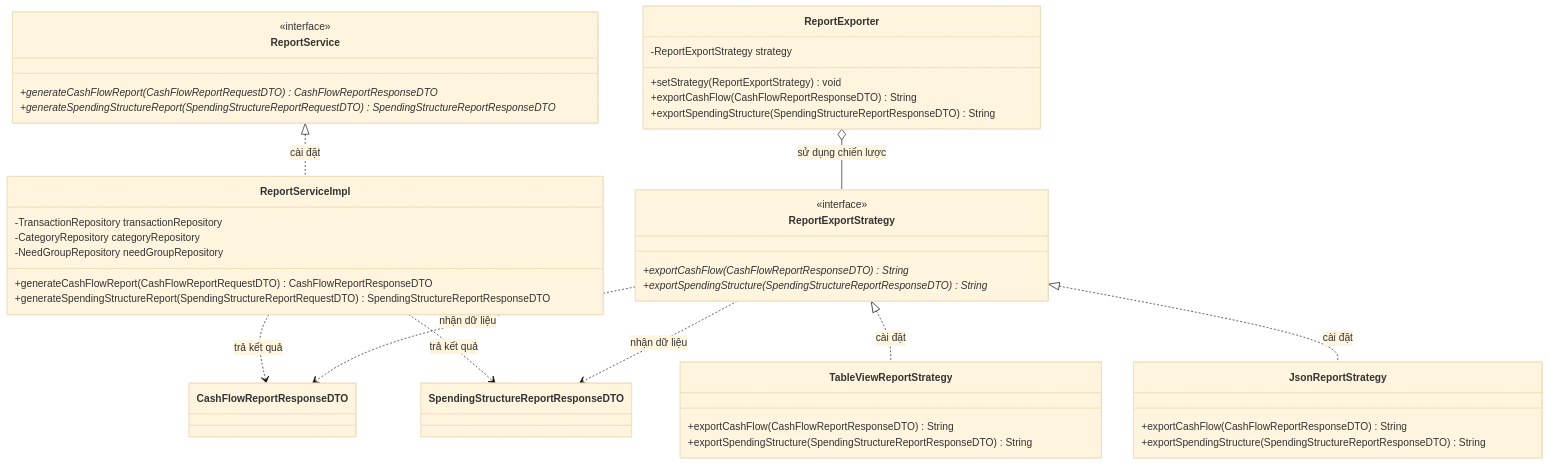
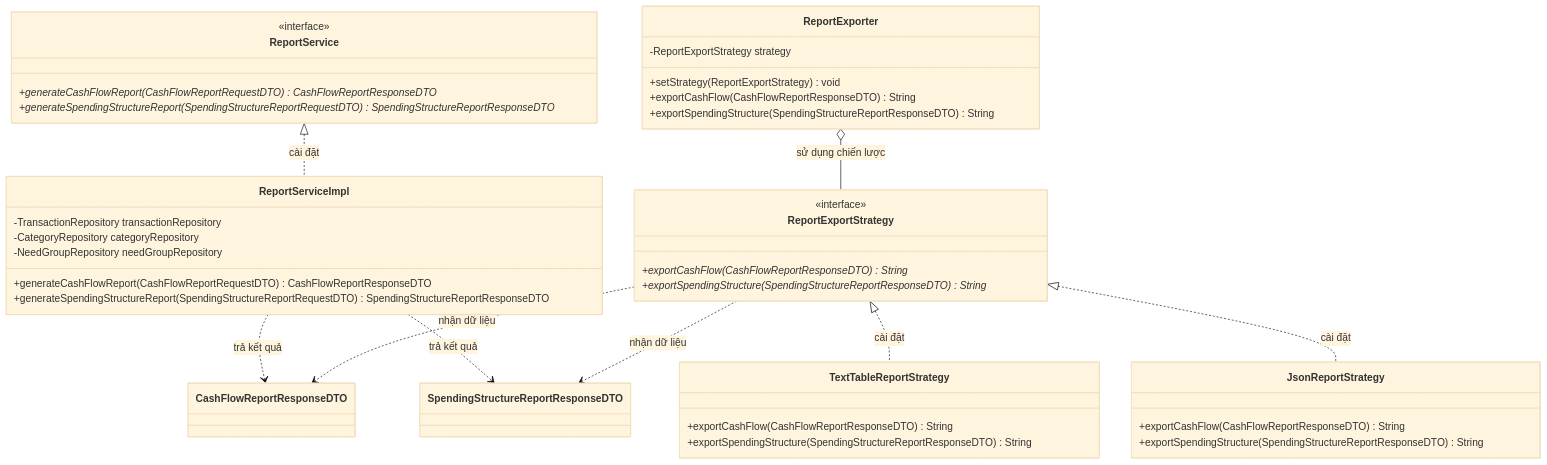
The second of 4 diagrams in docs/object-oriented-design/06-ap-dung-nguyen-ly-solid-va-thiet-ke-mau-gof.md (mynhleeh/pfms-oop), drawn with Mermaid (base theme) before and after one commit. The commit also changed other lines of this file and 7 other files, not shown here.

````diff
--- a/docs/object-oriented-design/06-ap-dung-nguyen-ly-solid-va-thiet-ke-mau-gof.md
+++ b/docs/object-oriented-design/06-ap-dung-nguyen-ly-solid-va-thiet-ke-mau-gof.md
@@ -136,53 +136,53 @@
 ```mermaid
 classDiagram
     direction TB
 
     class ReportService {
         <<interface>>
         +generateCashFlowReport(CashFlowReportRequestDTO) CashFlowReportResponseDTO*
         +generateSpendingStructureReport(SpendingStructureReportRequestDTO) SpendingStructureReportResponseDTO*
     }
 
     class ReportServiceImpl {
         -TransactionRepository transactionRepository
         -CategoryRepository categoryRepository
         -NeedGroupRepository needGroupRepository
         +generateCashFlowReport(CashFlowReportRequestDTO) CashFlowReportResponseDTO
         +generateSpendingStructureReport(SpendingStructureReportRequestDTO) SpendingStructureReportResponseDTO
     }
 
     class ReportExporter {
         -ReportExportStrategy strategy
         +setStrategy(ReportExportStrategy) void
         +exportCashFlow(CashFlowReportResponseDTO) String
         +exportSpendingStructure(SpendingStructureReportResponseDTO) String
     }
 
     class ReportExportStrategy {
         <<interface>>
         +exportCashFlow(CashFlowReportResponseDTO) String*
         +exportSpendingStructure(SpendingStructureReportResponseDTO) String*
     }
 
-    class TableViewReportStrategy {
+    class TextTableReportStrategy {
         +exportCashFlow(CashFlowReportResponseDTO) String
         +exportSpendingStructure(SpendingStructureReportResponseDTO) String
     }
 
     class JsonReportStrategy {
         +exportCashFlow(CashFlowReportResponseDTO) String
         +exportSpendingStructure(SpendingStructureReportResponseDTO) String
     }
 
     class CashFlowReportResponseDTO
     class SpendingStructureReportResponseDTO
 
     ReportService <|.. ReportServiceImpl : cài đặt
     ReportServiceImpl ..> CashFlowReportResponseDTO : trả kết quả
     ReportServiceImpl ..> SpendingStructureReportResponseDTO : trả kết quả
     ReportExporter o-- ReportExportStrategy : sử dụng chiến lược
-    ReportExportStrategy <|.. TableViewReportStrategy : cài đặt
+    ReportExportStrategy <|.. TextTableReportStrategy : cài đặt
     ReportExportStrategy <|.. JsonReportStrategy : cài đặt
     ReportExportStrategy ..> CashFlowReportResponseDTO : nhận dữ liệu
     ReportExportStrategy ..> SpendingStructureReportResponseDTO : nhận dữ liệu
 ```
````
